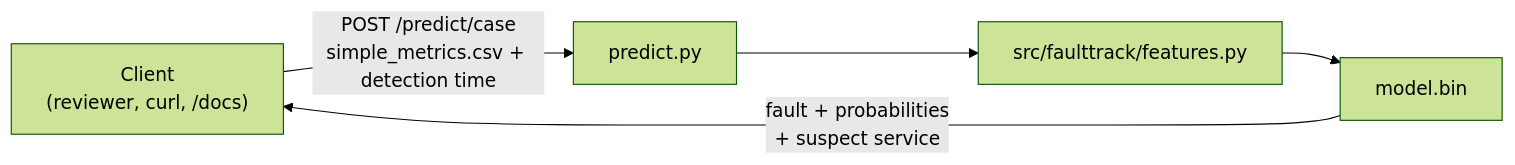
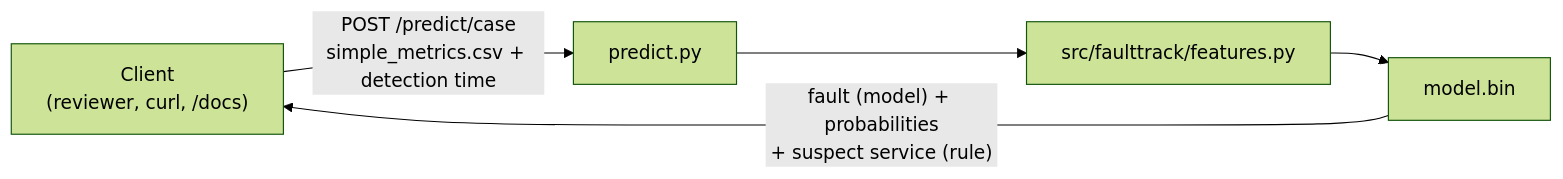
One commit to jennasrunbooks/faulttrack changed the second of 2 diagrams in product-spec.md. Above: the diagram before and after it, drawn with Mermaid (forest theme). The commit also changed other lines of this file and 6 other files, not shown here.

````diff
--- a/product-spec.md
+++ b/product-spec.md
@@ -218,7 +237,7 @@
 ```mermaid
 flowchart LR
     U["Client<br/>(reviewer, curl, /docs)"] -->|"POST /predict/case<br/>simple_metrics.csv + detection time"| A["predict.py"]
     A --> FE["src/faulttrack/features.py"]
     FE --> MOD["model.bin"]
-    MOD -->|"fault + probabilities<br/>+ suspect service"| U
+    MOD -->|"fault (model) + probabilities<br/>+ suspect service (rule)"| U
 ```
````
